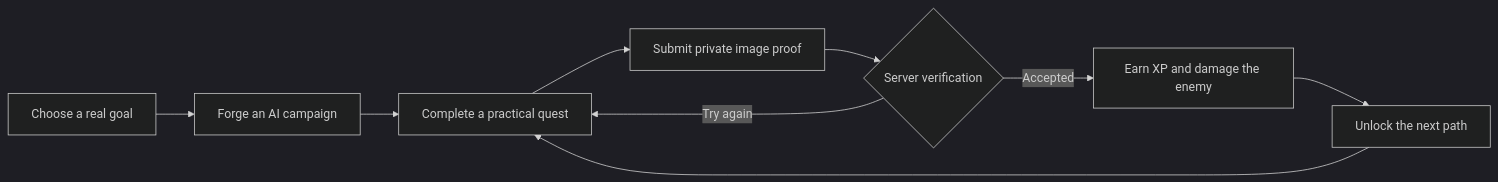
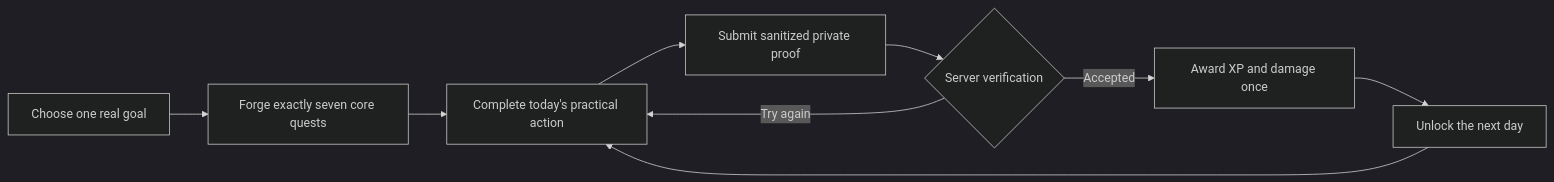
The diagram in README.md (Munity16/LifeQuest), drawn with Mermaid (dark theme) before and after one commit. The commit also changed other lines of this file and 49 other files, not shown here.

````diff
--- a/README.md
+++ b/README.md
@@ -45,11 +26,11 @@
 ```mermaid
 flowchart LR
-    A[Choose a real goal] --> B[Forge an AI campaign]
-    B --> C[Complete a practical quest]
-    C --> D[Submit private image proof]
-    D --> E{Server verification}
-    E -->|Accepted| F[Earn XP and damage the enemy]
-    E -->|Try again| C
-    F --> G[Unlock the next path]
-    G --> C
+  A["Choose one real goal"] --> B["Forge exactly seven core quests"]
+  B --> C["Complete today's practical action"]
+  C --> D["Submit sanitized private proof"]
+  D --> E{"Server verification"}
+  E -->|Accepted| F["Award XP and damage once"]
+  E -->|Try again| C
+  F --> G["Unlock the next day"]
+  G --> C
 ```
````
